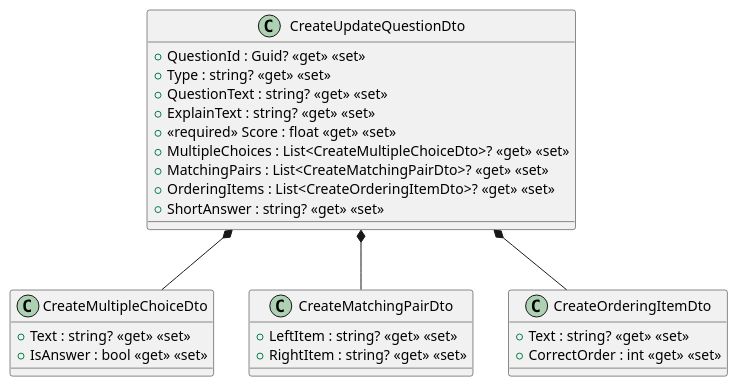
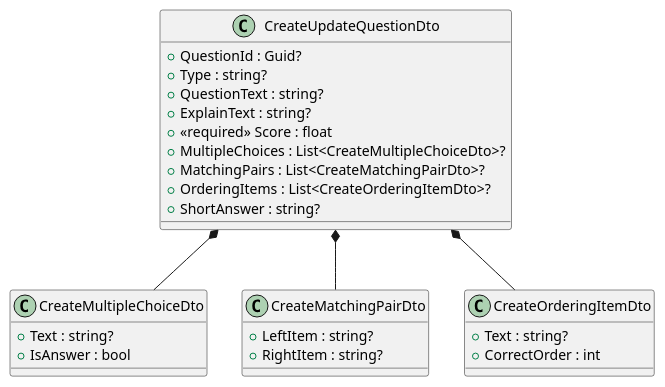
The diagram in document/questionset/Dtos/CreateUpdateQuestionDto.puml (thanhkhac/AIQuizzizz-Backend), drawn with PlantUML before and after one commit. The commit also changed 12 other files, not shown here.

First line of the commit message:
Refactor PlantUML class diagrams for consistency

```diff
--- a/document/questionset/Dtos/CreateUpdateQuestionDto.puml
+++ b/document/questionset/Dtos/CreateUpdateQuestionDto.puml
@@ -1,29 +1,29 @@
 @startuml
 class CreateMultipleChoiceDto {
-    + Text : string? <<get>> <<set>>
-    + IsAnswer : bool <<get>> <<set>>
+    + Text : string? 
+    + IsAnswer : bool 
 }
 class CreateMatchingPairDto {
-    + LeftItem : string? <<get>> <<set>>
-    + RightItem : string? <<get>> <<set>>
+    + LeftItem : string? 
+    + RightItem : string? 
 }
 class CreateOrderingItemDto {
-    + Text : string? <<get>> <<set>>
-    + CorrectOrder : int <<get>> <<set>>
+    + Text : string? 
+    + CorrectOrder : int 
 }
 class CreateUpdateQuestionDto {
-    + QuestionId : Guid? <<get>> <<set>>
-    + Type : string? <<get>> <<set>>
-    + QuestionText : string? <<get>> <<set>>
-    + ExplainText : string? <<get>> <<set>>
-    + <<required>> Score : float <<get>> <<set>>
-    + MultipleChoices : List<CreateMultipleChoiceDto>? <<get>> <<set>>
-    + MatchingPairs : List<CreateMatchingPairDto>? <<get>> <<set>>
-    + OrderingItems : List<CreateOrderingItemDto>? <<get>> <<set>>
-    + ShortAnswer : string? <<get>> <<set>>
+    + QuestionId : Guid? 
+    + Type : string? 
+    + QuestionText : string? 
+    + ExplainText : string? 
+    + <<required>> Score : float 
+    + MultipleChoices : List<CreateMultipleChoiceDto>? 
+    + MatchingPairs : List<CreateMatchingPairDto>? 
+    + OrderingItems : List<CreateOrderingItemDto>? 
+    + ShortAnswer : string? 
 }
 
 CreateUpdateQuestionDto *-- CreateMultipleChoiceDto
 CreateUpdateQuestionDto *-- CreateMatchingPairDto
 CreateUpdateQuestionDto *-- CreateOrderingItemDto
 @enduml
```
